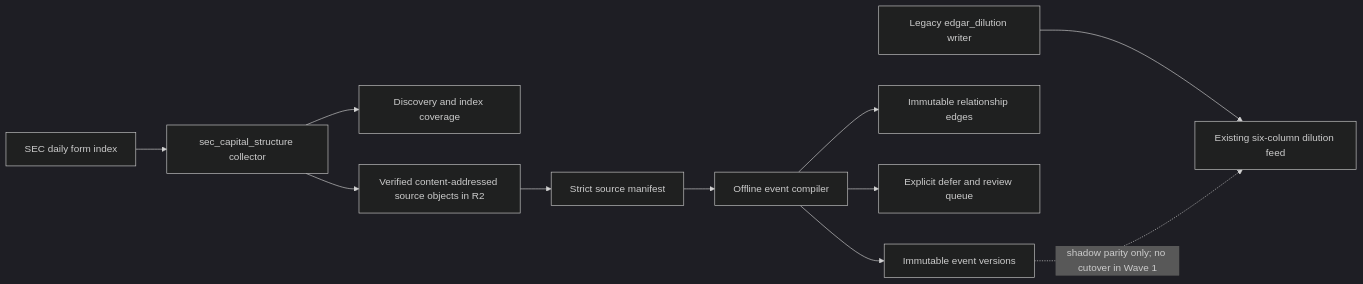
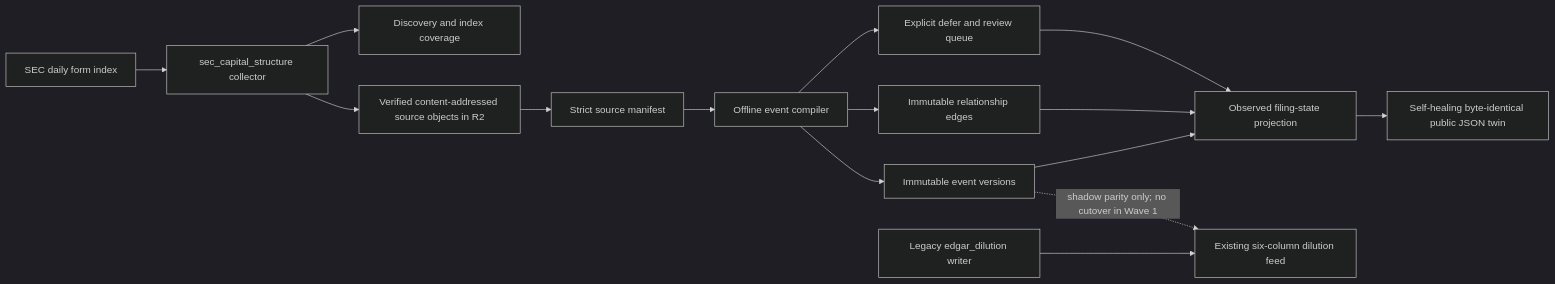
The diagram in docs/CAPITAL_STRUCTURE_INTELLIGENCE_CONTRACT.md (chriswong6031-creator/macro), drawn with Mermaid (dark theme) before and after one commit. The commit also changed other lines of this file and 15 other files, not shown here.

Commit message:
feat(capital-structure): publish observed filing-state projection

````diff
--- a/docs/CAPITAL_STRUCTURE_INTELLIGENCE_CONTRACT.md
+++ b/docs/CAPITAL_STRUCTURE_INTELLIGENCE_CONTRACT.md
@@ -23,13 +23,17 @@
 ```mermaid
 flowchart LR
   A["SEC daily form index"] --> B["sec_capital_structure collector"]
   B --> C["Discovery and index coverage"]
   B --> D["Verified content-addressed source objects in R2"]
   D --> E["Strict source manifest"]
   E --> F["Offline event compiler"]
   F --> G["Immutable event versions"]
   F --> H["Immutable relationship edges"]
   F --> I["Explicit defer and review queue"]
+  G --> L["Observed filing-state projection"]
+  H --> L
+  I --> L
+  L --> M["Self-healing byte-identical public JSON twin"]
   J["Legacy edgar_dilution writer"] --> K["Existing six-column dilution feed"]
   G -. "shadow parity only; no cutover in Wave 1" .-> K
 ```
````
